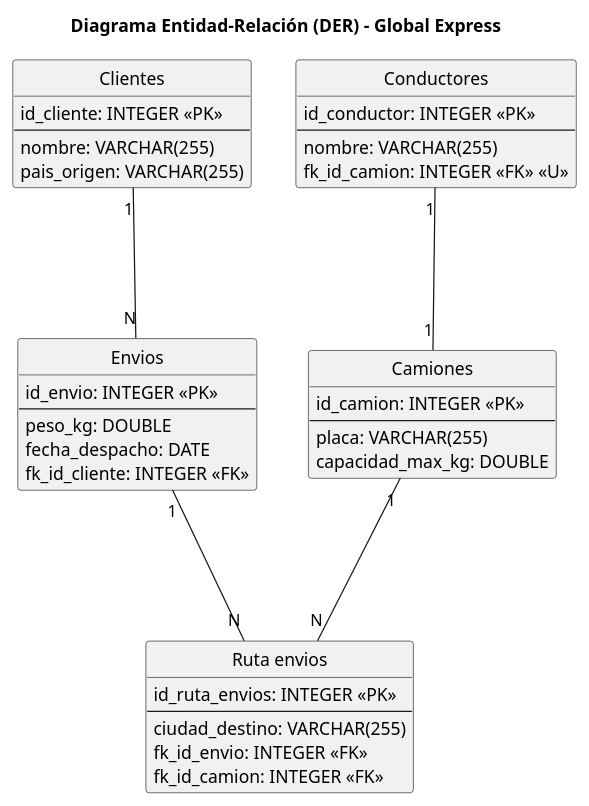
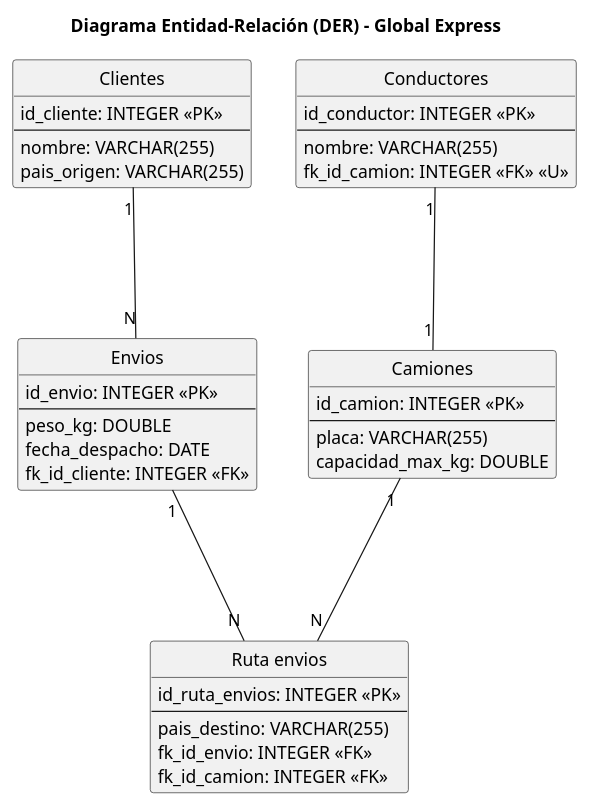
The diagram in global_express/global_express.wsd (adjgc/Database), drawn with PlantUML before and after one commit.

Commit message:
docs: corrige modelado de atributos en tabla ruta envios

```diff
--- a/global_express/global_express.wsd
+++ b/global_express/global_express.wsd
@@ -1,59 +1,59 @@
 @startuml GLOBAL_EXPRESS
 
 title "Diagrama Entidad-Relación (DER) - Global Express"
 hide circle
 
 entity "Clientes" as clientes {
     id_cliente: INTEGER <<PK>>
     ---
     nombre: VARCHAR(255)
     pais_origen: VARCHAR(255)
 }
 
 entity "Envios" as envios {
     id_envio: INTEGER <<PK>>
     ---
     peso_kg: DOUBLE
     fecha_despacho: DATE
     fk_id_cliente: INTEGER <<FK>>
 }
 
 entity "Camiones" as camiones {
     id_camion: INTEGER <<PK>>
     ---
     placa: VARCHAR(255)
     capacidad_max_kg: DOUBLE
 }
 
 entity "Conductores" as conductores {
     id_conductor: INTEGER <<PK>>
     ---
     nombre: VARCHAR(255)
     fk_id_camion: INTEGER <<FK>> <<U>>
 }
 
 entity "Ruta envios" as ruta_envios {
     id_ruta_envios: INTEGER <<PK>>
     ---
-    ciudad_destino: VARCHAR(255)
+    pais_destino: VARCHAR(255)
     fk_id_envio: INTEGER <<FK>>
     fk_id_camion: INTEGER <<FK>>
 }
 
 'Un cliente solicita muchos envios 1:N
 'Un envio es solicitado por un cliente 1:1
 '-> 1:N
 clientes "1" --- "N" envios
 
 'Un conductor maneja un camion 1:1
 'Un camion es manejado por un conductor 1:1
 '-> 1:1
 conductores "1" --- "1" camiones
 
 'Un camion realiza muchos envios 1:N
 'Un envio puede ser realizado por muchos camiones 1:N
 '-> N:N
 camiones "1" --- "N" ruta_envios
 envios "1" --- "N" ruta_envios
 
 @enduml
```
